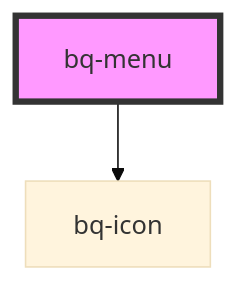
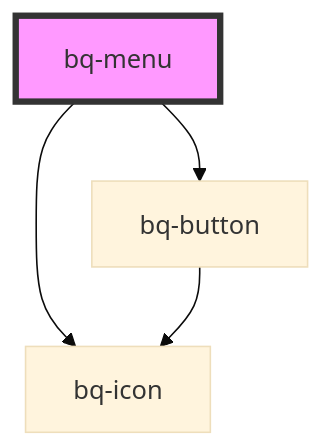
The diagram in packages/bee-q/src/components/menu/readme.md (Endava/BEEQ), drawn with Mermaid (base theme) before and after one commit. The commit also changed other lines of this file and 5 other files, not shown here.

First line of the commit message:
feat(menu): add bq-button in footer

````diff
--- a/packages/bee-q/src/components/menu/readme.md
+++ b/packages/bee-q/src/components/menu/readme.md
@@ -30,5 +31,7 @@
 ```mermaid
 graph TD;
+  bq-menu --> bq-button
   bq-menu --> bq-icon
+  bq-button --> bq-icon
   style bq-menu fill:#f9f,stroke:#333,stroke-width:4px
 ```
````
